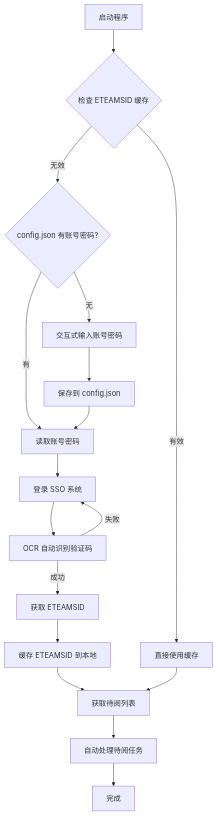
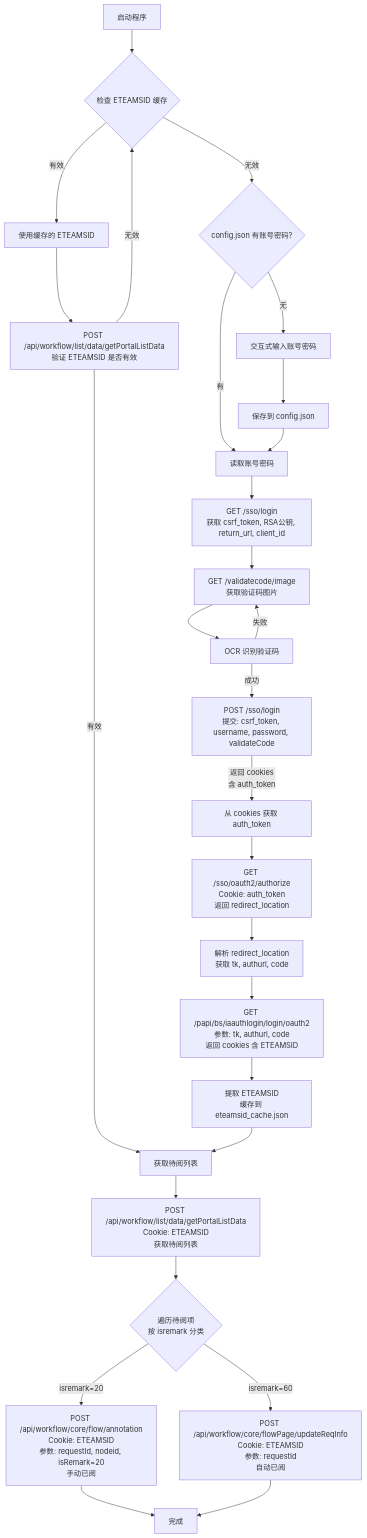
One commit to Shxuai/newoa changed the diagram in README.md. Above: the diagram before and after it, drawn with Mermaid. The commit also changed other lines of this file, not shown here.

Commit message:
完善流程图

````diff
--- a/README.md
+++ b/README.md
@@ -64,19 +64,42 @@
 ```mermaid
 flowchart TD
     A[启动程序] --> B{检查 ETEAMSID 缓存}
-    B -->|有效| C[直接使用缓存]
+
+    B -->|有效| C1[使用缓存的 ETEAMSID]
+    C1 --> C2[POST /api/workflow/list/data/getPortalListData<br/>验证 ETEAMSID 是否有效]
+    C2 -->|有效| L[获取待阅列表]
+    C2 -->|无效| B
+
     B -->|无效| D{config.json 有账号密码?}
     D -->|有| E[读取账号密码]
     D -->|无| F[交互式输入账号密码]
     F --> G[保存到 config.json]
     G --> E
-    E --> H[登录 SSO 系统]
-    H --> I[OCR 自动识别验证码]
-    I -->|失败| H
-    I -->|成功| J[获取 ETEAMSID]
-    J --> K[缓存 ETEAMSID 到本地]
-    K --> L[获取待阅列表]
-    L --> M[自动处理待阅任务]
-    M --> N[完成]
-    C --> L
+
+    E --> H[GET /sso/login<br/>获取 csrf_token, RSA公钥, return_url, client_id]
+
+    H --> I[GET /validatecode/image<br/>获取验证码图片]
+    I --> J[OCR 识别验证码]
+    J -->|失败| I
+    J -->|成功| K[POST /sso/login<br/>提交: csrf_token, username, password, validateCode]
+
+    K -->|返回 cookies<br/>含 auth_token| L1[从 cookies 获取 auth_token]
+    L1 --> M[GET /sso/oauth2/authorize<br/>Cookie: auth_token<br/>返回 redirect_location]
+
+    M --> N[解析 redirect_location<br/>获取 tk, authurl, code]
+    N --> O[GET /papi/bs/iaauthlogin/login/oauth2<br/>参数: tk, authurl, code<br/>返回 cookies 含 ETEAMSID]
+
+    O --> P[提取 ETEAMSID<br/>缓存到 eteamsid_cache.json]
+    P --> L
+
+    L --> Q[POST /api/workflow/list/data/getPortalListData<br/>Cookie: ETEAMSID<br/>获取待阅列表]
+
+    Q --> R{遍历待阅项<br/>按 isremark 分类}
+
+    R -->|isremark=20| S[POST /api/workflow/core/flow/annotation<br/>Cookie: ETEAMSID<br/>参数: requestId, nodeid, isRemark=20<br/>手动已阅]
+
+    R -->|isremark=60| T[POST /api/workflow/core/flowPage/updateReqInfo<br/>Cookie: ETEAMSID<br/>参数: requestId<br/>自动已阅]
+
+    S --> U[完成]
+    T --> U
 ```
````
